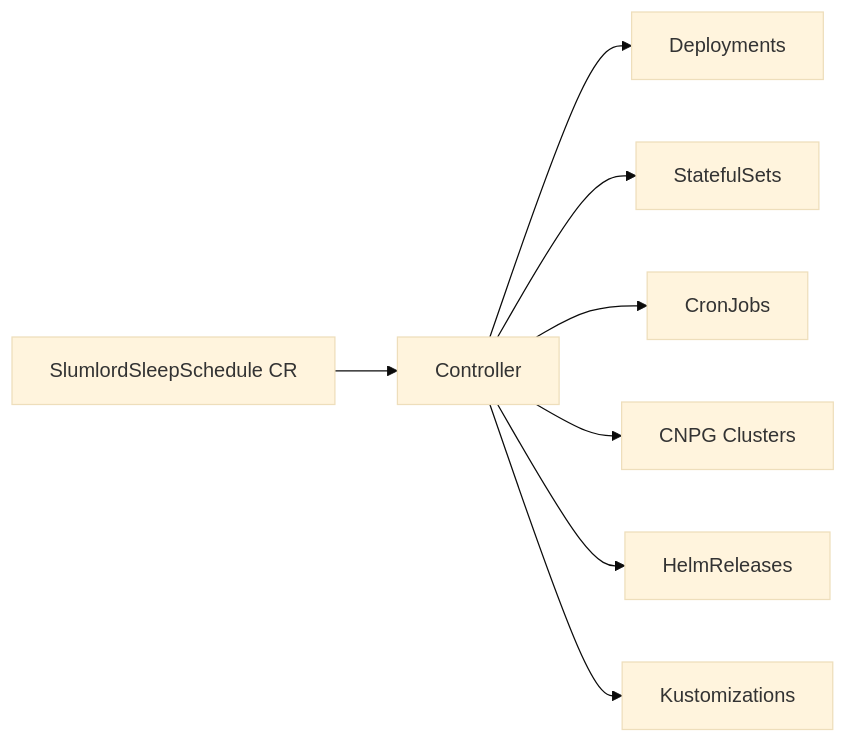
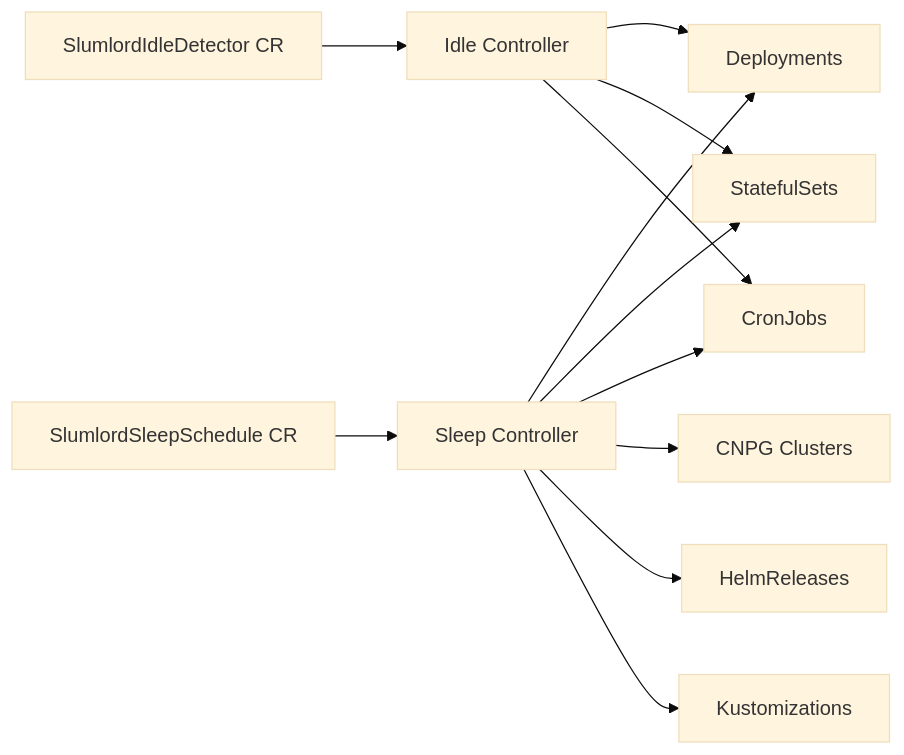
One commit to cschockaert/slumlord changed the diagram in README.md. Above: the diagram before and after it, drawn with Mermaid (base theme). The commit also changed other lines of this file and 5 other files, not shown here.

First line of the commit message:
feat: quality hardening for idle detector feature

````diff
--- a/README.md
+++ b/README.md
@@ -149,10 +224,14 @@
 ```mermaid
 graph LR
-    A[SlumlordSleepSchedule CR] --> B[Controller]
+    A[SlumlordSleepSchedule CR] --> B[Sleep Controller]
     B --> C[Deployments]
     B --> D[StatefulSets]
     B --> E[CronJobs]
     B --> F[CNPG Clusters]
     B --> G[HelmReleases]
     B --> H[Kustomizations]
+    I[SlumlordIdleDetector CR] --> J[Idle Controller]
+    J --> C
+    J --> D
+    J --> E
 ```
````
